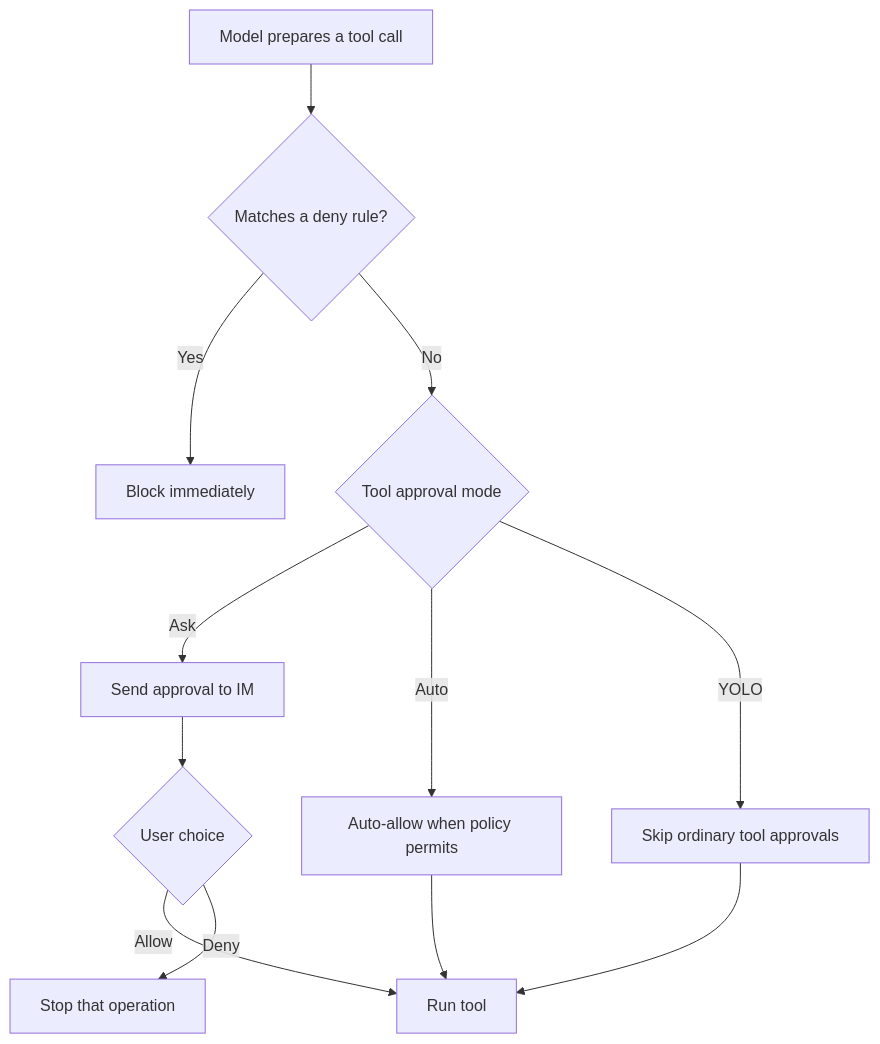
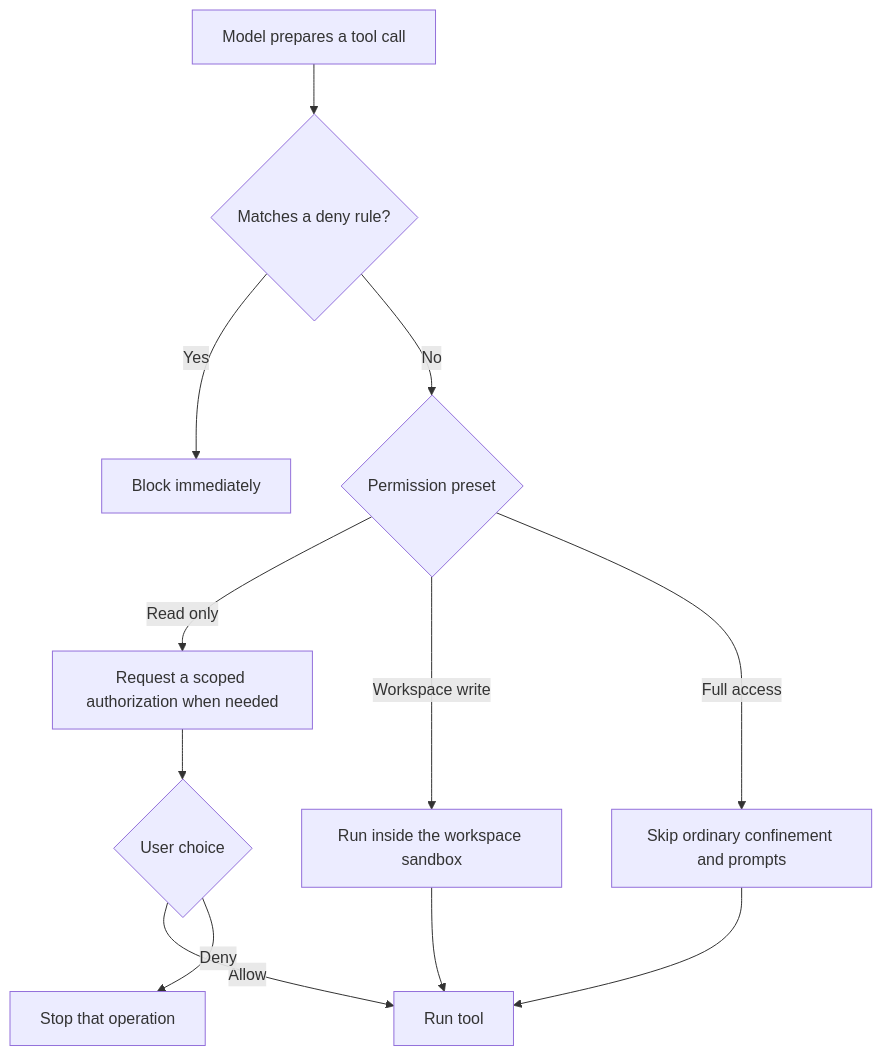
One commit to wumingmr/reasonix_android_custon changed the third of 3 diagrams in docs/BOT_GUIDE.md. Above: the diagram before and after it, drawn with Mermaid. The commit also changed other lines of this file and 7102 other files, not shown here.

````diff
--- a/docs/BOT_GUIDE.md
+++ b/docs/BOT_GUIDE.md
@@ -411,14 +405,14 @@
 ```mermaid
 flowchart TD
   A["Model prepares a tool call"] --> B{"Matches a deny rule?"}
   B -- "Yes" --> C["Block immediately"]
-  B -- "No" --> D{"Tool approval mode"}
-  D -- "Ask" --> E["Send approval to IM"]
-  D -- "Auto" --> F["Auto-allow when policy permits"]
-  D -- "YOLO" --> G["Skip ordinary tool approvals"]
+  B -- "No" --> D{"Permission preset"}
+  D -- "Read only" --> E["Request a scoped authorization when needed"]
+  D -- "Workspace write" --> F["Run inside the workspace sandbox"]
+  D -- "Full access" --> G["Skip ordinary confinement and prompts"]
   E --> H{"User choice"}
   H -- "Allow" --> I["Run tool"]
   H -- "Deny" --> J["Stop that operation"]
   F --> I
   G --> I
 ```
````
